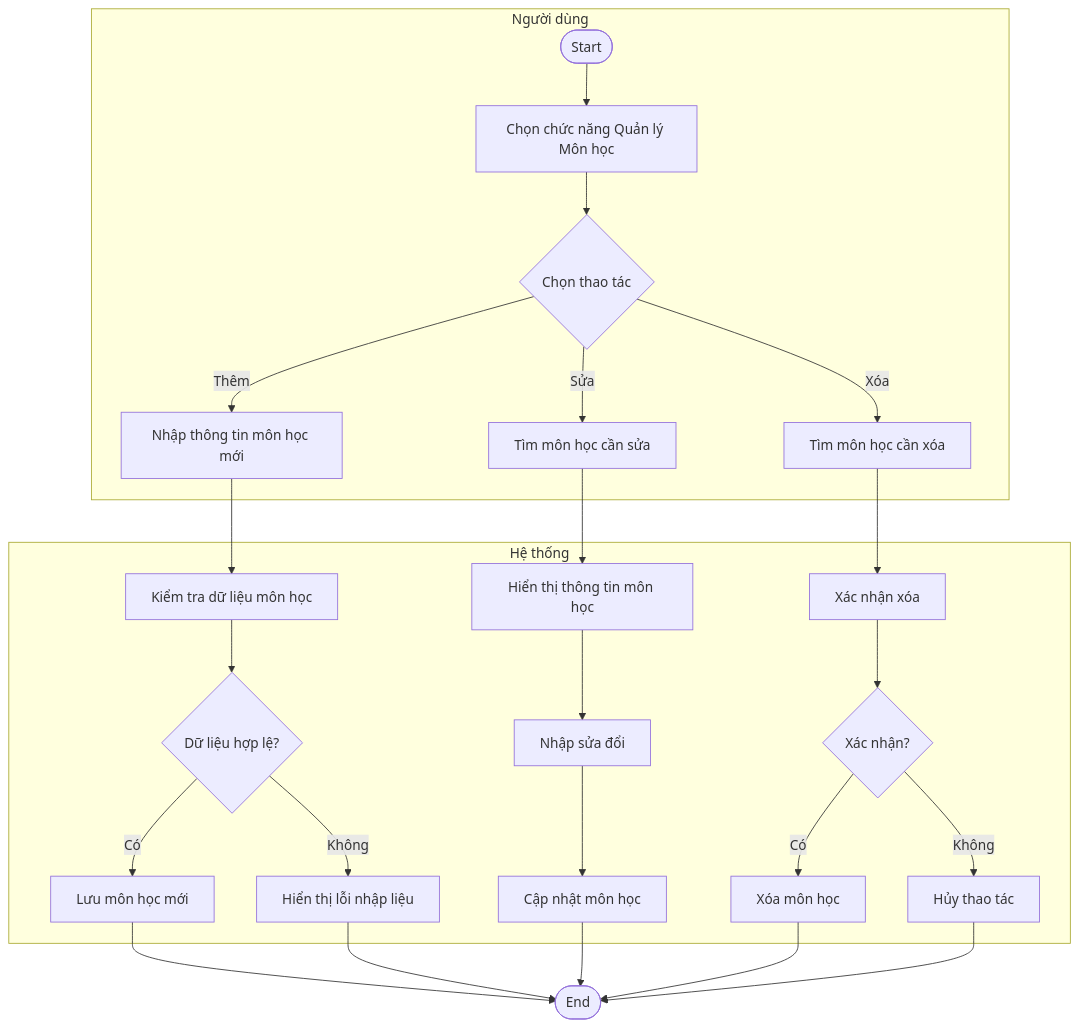
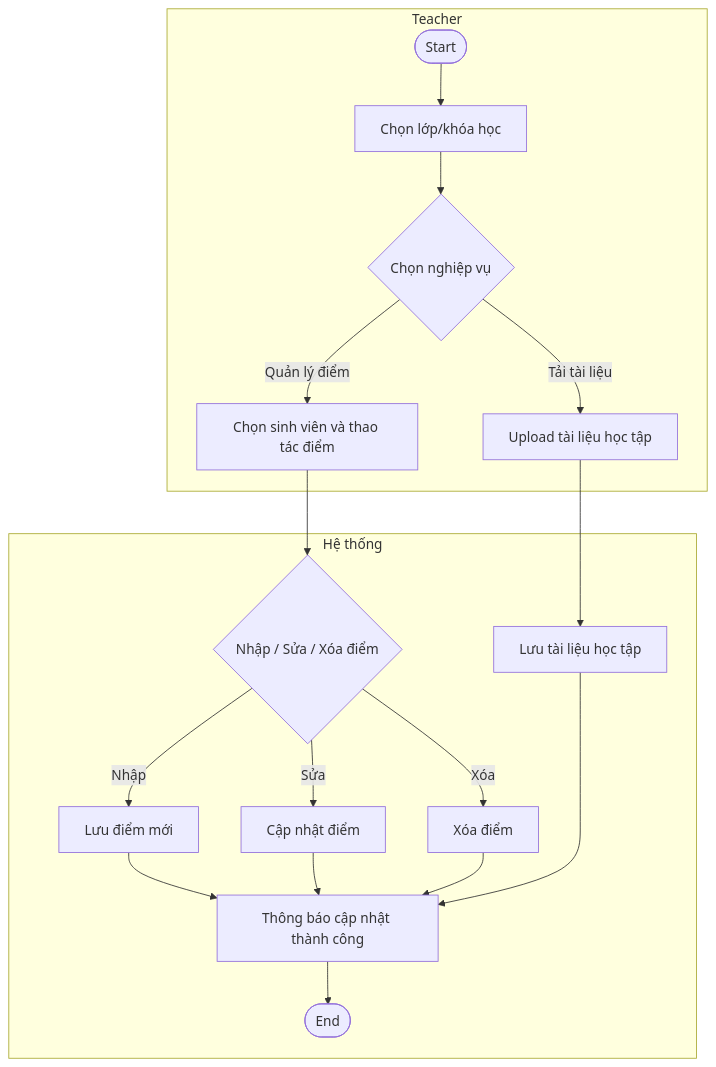
One commit to barotoichoi/PTTKHT-Group3 changed the third of 4 diagrams in Activity_Diagram.md. Above: the diagram before and after it, drawn with Mermaid. The commit also changed other lines of this file, not shown here.

Commit message:
Cập nhật 4 biểu đồ Activity Diagram theo yêu cầu

````diff
--- a/Activity_Diagram.md
+++ b/Activity_Diagram.md
@@ -105,30 +61,22 @@
 ```mermaid
 flowchart TB
-    subgraph User [Người dùng]
-        A([Start]) --> B[Chọn chức năng Quản lý Môn học]
-        B --> C{Chọn thao tác}
-        C -- Thêm --> D[Nhập thông tin môn học mới]
-        C -- Sửa --> E[Tìm môn học cần sửa]
-        C -- Xóa --> F[Tìm môn học cần xóa]
+    subgraph Teacher[Teacher]
+        G1([Start]) --> G2[Chọn lớp/khóa học]
+        G2 --> G3{Chọn nghiệp vụ}
+        G3 -->|Tải tài liệu| G4[Upload tài liệu học tập]
+        G3 -->|Quản lý điểm| G5[Chọn sinh viên và thao tác điểm]
     end
 
-    subgraph System [Hệ thống]
-        D --> G[Kiểm tra dữ liệu môn học]
-        G --> H{Dữ liệu hợp lệ?}
-        H -- Có --> I[Lưu môn học mới]
-        H -- Không --> J[Hiển thị lỗi nhập liệu]
-        E --> K[Hiển thị thông tin môn học]
-        K --> L[Nhập sửa đổi]
-        L --> M[Cập nhật môn học]
-        F --> N[Xác nhận xóa]
-        N --> O{Xác nhận?}
-        O -- Có --> P[Xóa môn học]
-        O -- Không --> Q[Hủy thao tác]
+    subgraph System[Hệ thống]
+        G4 --> H1[Lưu tài liệu học tập]
+        G5 --> H2{Nhập / Sửa / Xóa điểm}
+        H2 -->|Nhập| H3[Lưu điểm mới]
+        H2 -->|Sửa| H4[Cập nhật điểm]
+        H2 -->|Xóa| H5[Xóa điểm]
+        H3 --> H6[Thông báo cập nhật thành công]
+        H4 --> H6
+        H5 --> H6
+        H1 --> H6
+        H6 --> Z([End])
     end
-
-    I --> R([End])
-    J --> R
-    M --> R
-    P --> R
-    Q --> R
 ```
````
